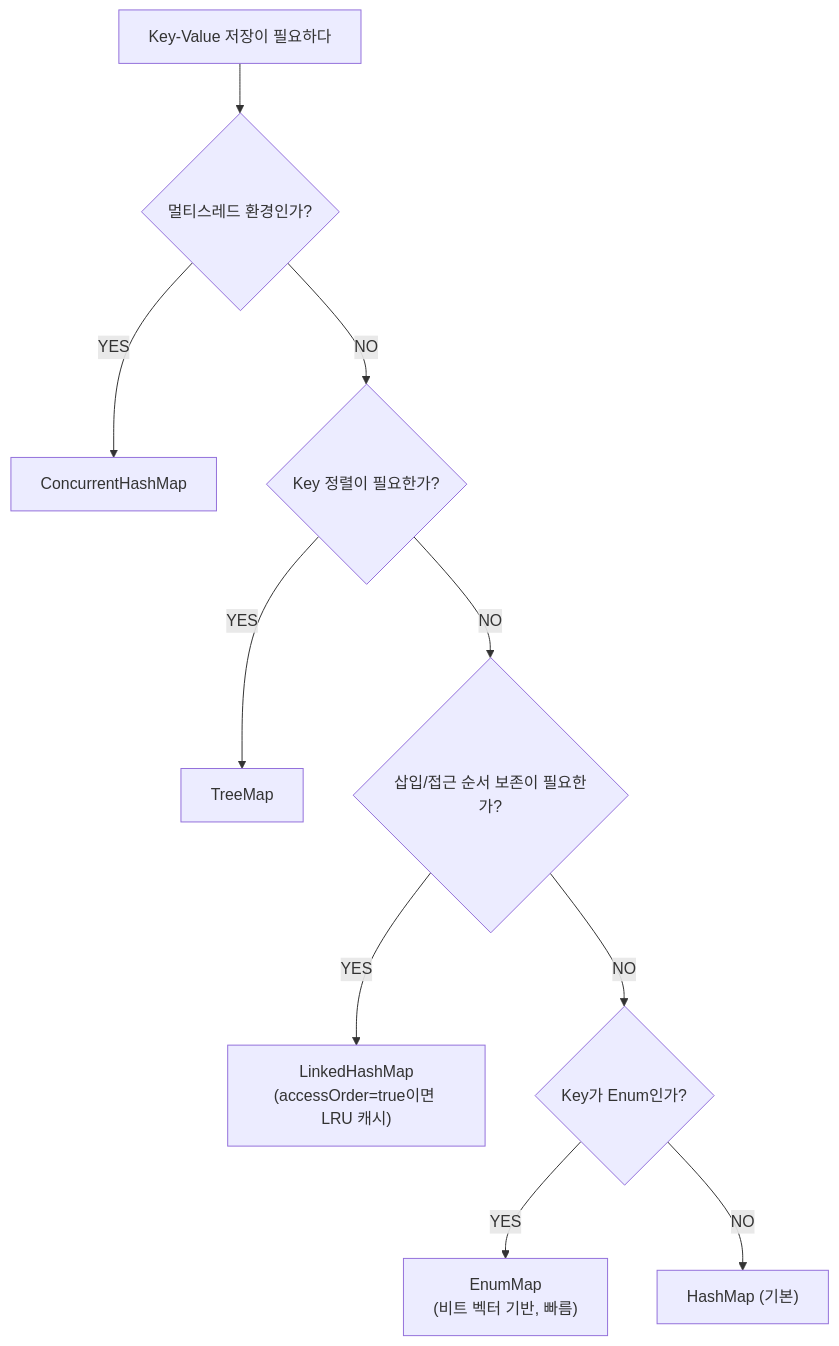
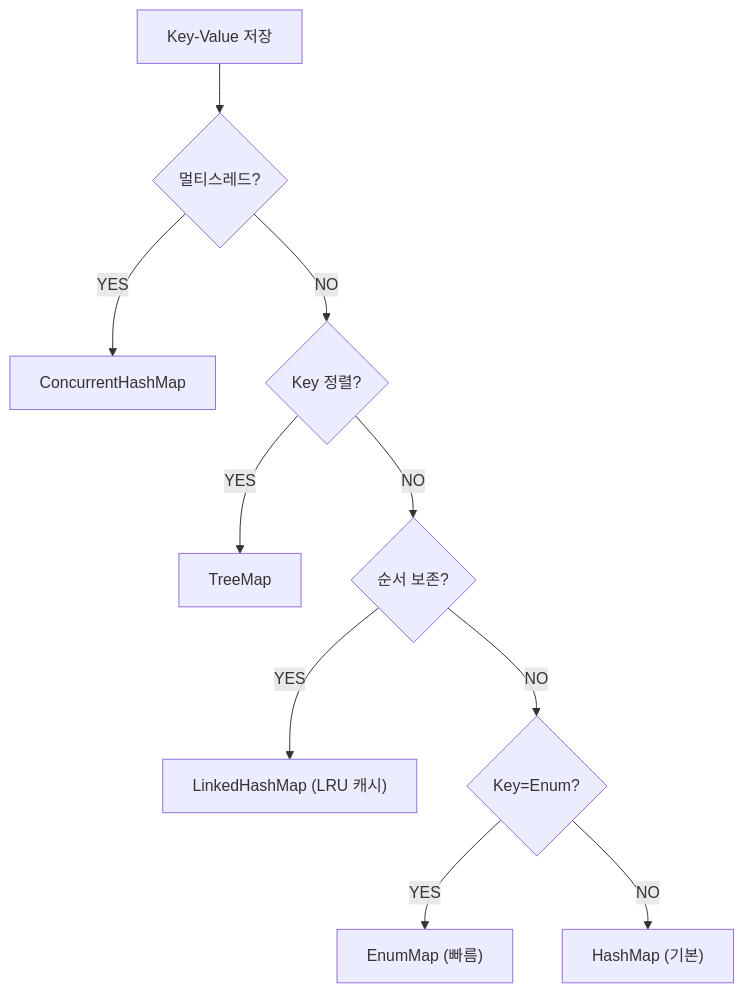
Before and after one commit to yjkim2015/yjkim2015.github.io: diagram 21 of 21 in _posts/java/2026-05-01-java-collections.md, drawn with Mermaid. The commit also changed other lines of this file and 215 other files, not shown here.

First line of the commit message:
신규 포스트 10개 추가 + Mermaid 전면 축소 + SystemDesign 시리즈 보강

````diff
--- a/_posts/java/2026-05-01-java-collections.md
+++ b/_posts/java/2026-05-01-java-collections.md
@@ -1129,23 +992,12 @@
 ```mermaid
 graph TD
-    M0["Key-Value 저장이 필요하다"]
-    M1{"멀티스레드 환경인가?"}
-    M2["ConcurrentHashMap"]
-    M3{"Key 정렬이 필요한가?"}
-    M4["TreeMap"]
-    M5{"삽입/접근 순서 보존이 필요한가?"}
-    M6["LinkedHashMap<br>(accessOrder=true이면 LRU 캐시)"]
-    M7{"Key가 Enum인가?"}
-    M8["EnumMap<br>(비트 벡터 기반, 빠름)"]
-    M9["HashMap (기본)"]
-
-    M0 --> M1
-    M1 -->|YES| M2
-    M1 -->|NO| M3
-    M3 -->|YES| M4
-    M3 -->|NO| M5
-    M5 -->|YES| M6
-    M5 -->|NO| M7
-    M7 -->|YES| M8
-    M7 -->|NO| M9
+    M0["Key-Value 저장"] --> M1{"멀티스레드?"}
+    M1 -->|YES| M2["ConcurrentHashMap"]
+    M1 -->|NO| M3{"Key 정렬?"}
+    M3 -->|YES| M4["TreeMap"]
+    M3 -->|NO| M5{"순서 보존?"}
+    M5 -->|YES| M6["LinkedHashMap (LRU 캐시)"]
+    M5 -->|NO| M7{"Key=Enum?"}
+    M7 -->|YES| M8["EnumMap (빠름)"]
+    M7 -->|NO| M9["HashMap (기본)"]
 ```
````
